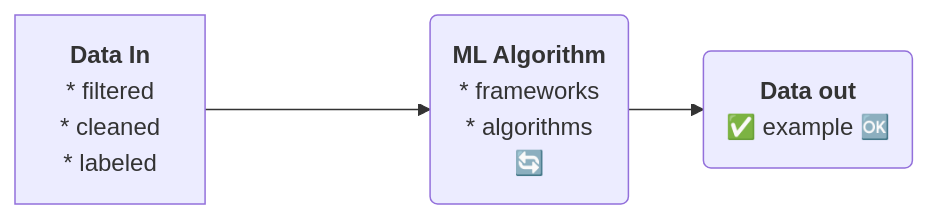
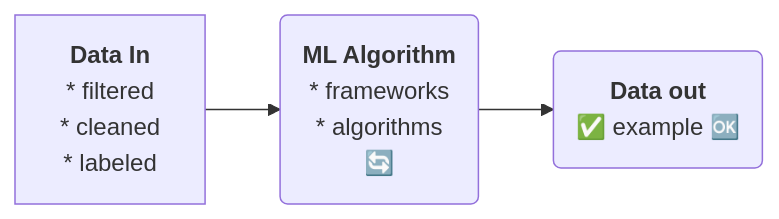
Before and after one commit to cherkavi/cheat-sheet: the diagram in machine-learning-cheat-sheet.md, drawn with Mermaid.

Commit message:
try to fix mermaid

````diff
--- a/machine-learning-cheat-sheet.md
+++ b/machine-learning-cheat-sheet.md
@@ -2,17 +2,17 @@
 ```mermaid
 graph LR;
     A[<b>Data In</b>
     * filtered
     * cleaned
     * labeled
-    ] ----> 
+    ] --> 
     B(<b>ML Algorithm</b>
     * frameworks
     * algorithms
     🔄️
     )
     B --> 
     C(<b>Data out</b>
     ✅️ example 🆗️
     )    
 ```
````
